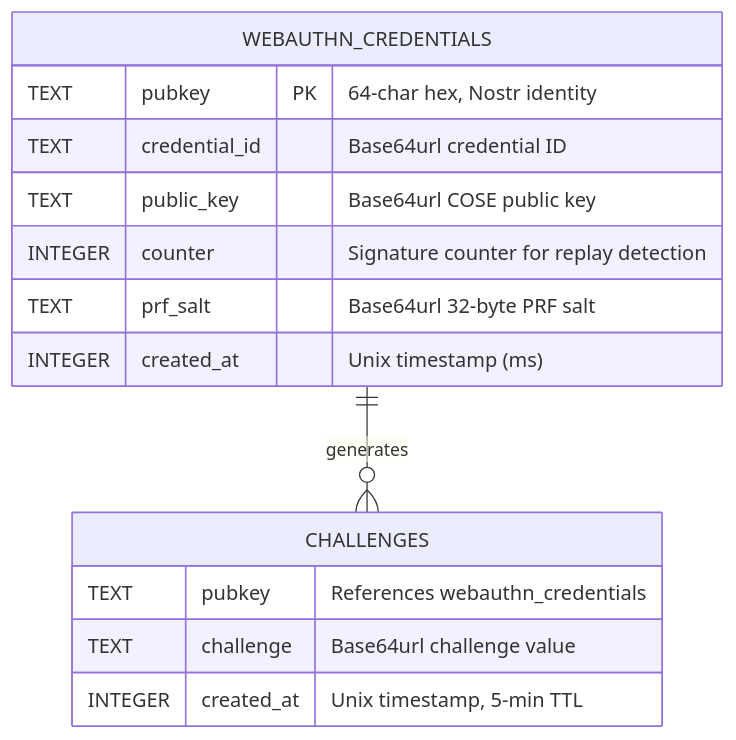
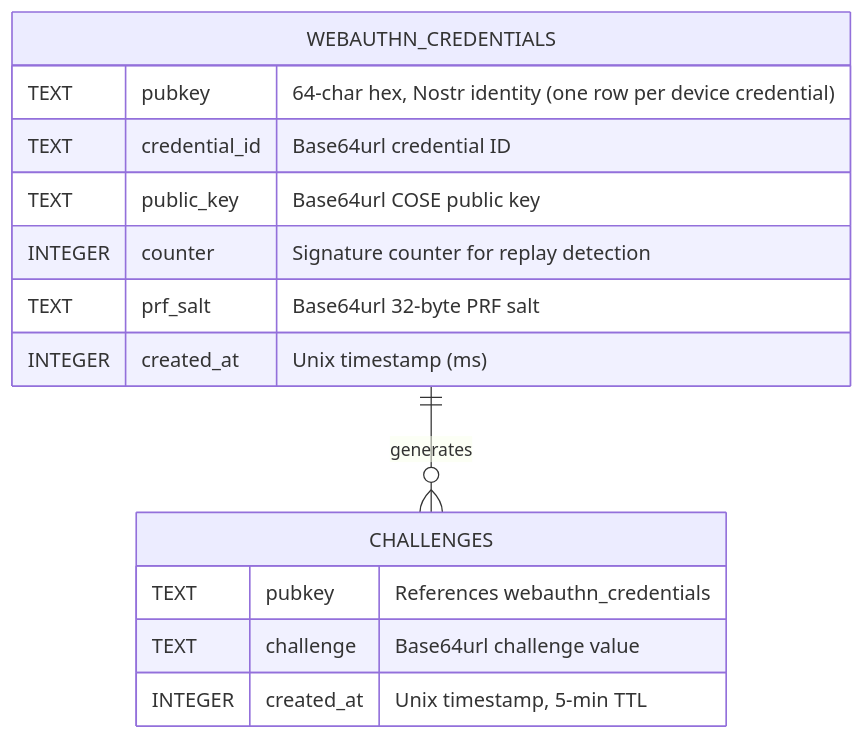
Before and after one commit to DreamLab-AI/dreamlab-ai-website: the second of 2 diagrams in docs/api/AUTH_API.md, drawn with Mermaid. The commit also changed other lines of this file and 25 other files, not shown here.

First line of the commit message:
docs(diagrams): verify mermaid diagrams against deployed code; refresh pins, label aspirational flows and known gaps

````diff
--- a/docs/api/AUTH_API.md
+++ b/docs/api/AUTH_API.md
@@ -281,19 +281,19 @@
 ```mermaid
 erDiagram
     WEBAUTHN_CREDENTIALS {
-        TEXT pubkey PK "64-char hex, Nostr identity"
+        TEXT pubkey "64-char hex, Nostr identity (one row per device credential)"
         TEXT credential_id "Base64url credential ID"
         TEXT public_key "Base64url COSE public key"
         INTEGER counter "Signature counter for replay detection"
         TEXT prf_salt "Base64url 32-byte PRF salt"
         INTEGER created_at "Unix timestamp (ms)"
     }
 
     CHALLENGES {
         TEXT pubkey "References webauthn_credentials"
         TEXT challenge "Base64url challenge value"
         INTEGER created_at "Unix timestamp, 5-min TTL"
     }
 
     WEBAUTHN_CREDENTIALS ||--o{ CHALLENGES : "generates"
 ```
````
